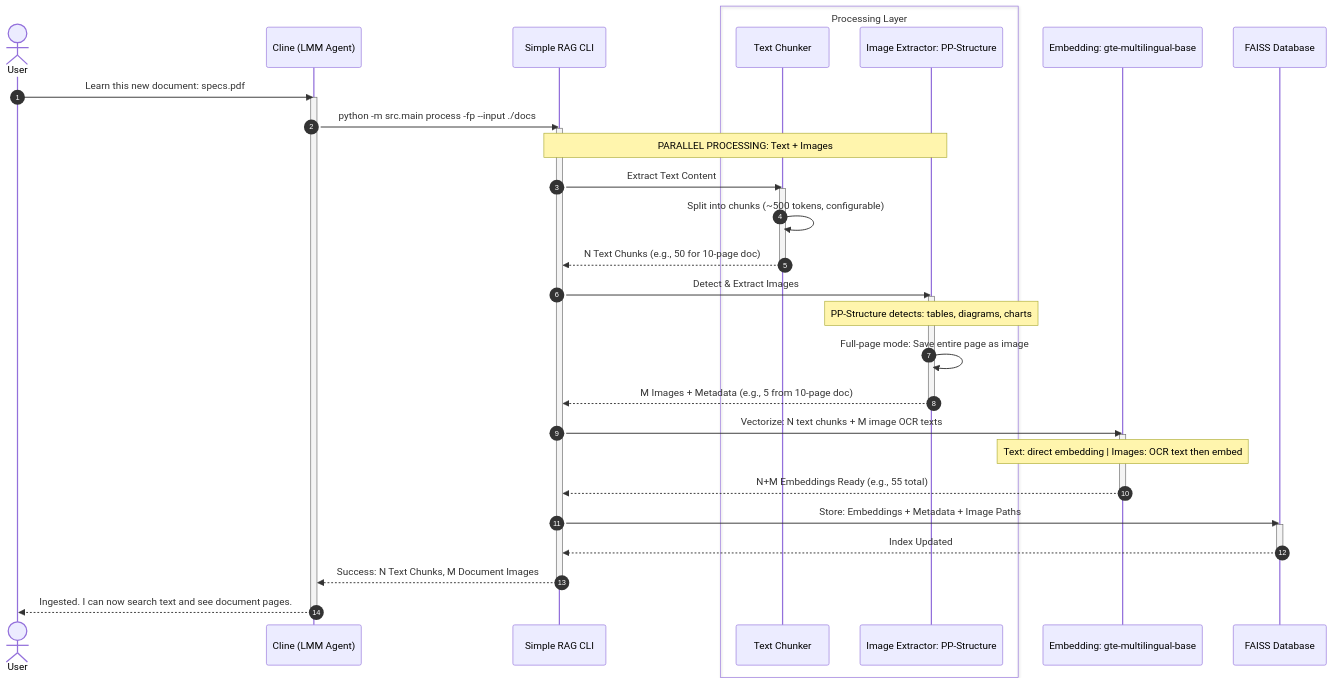
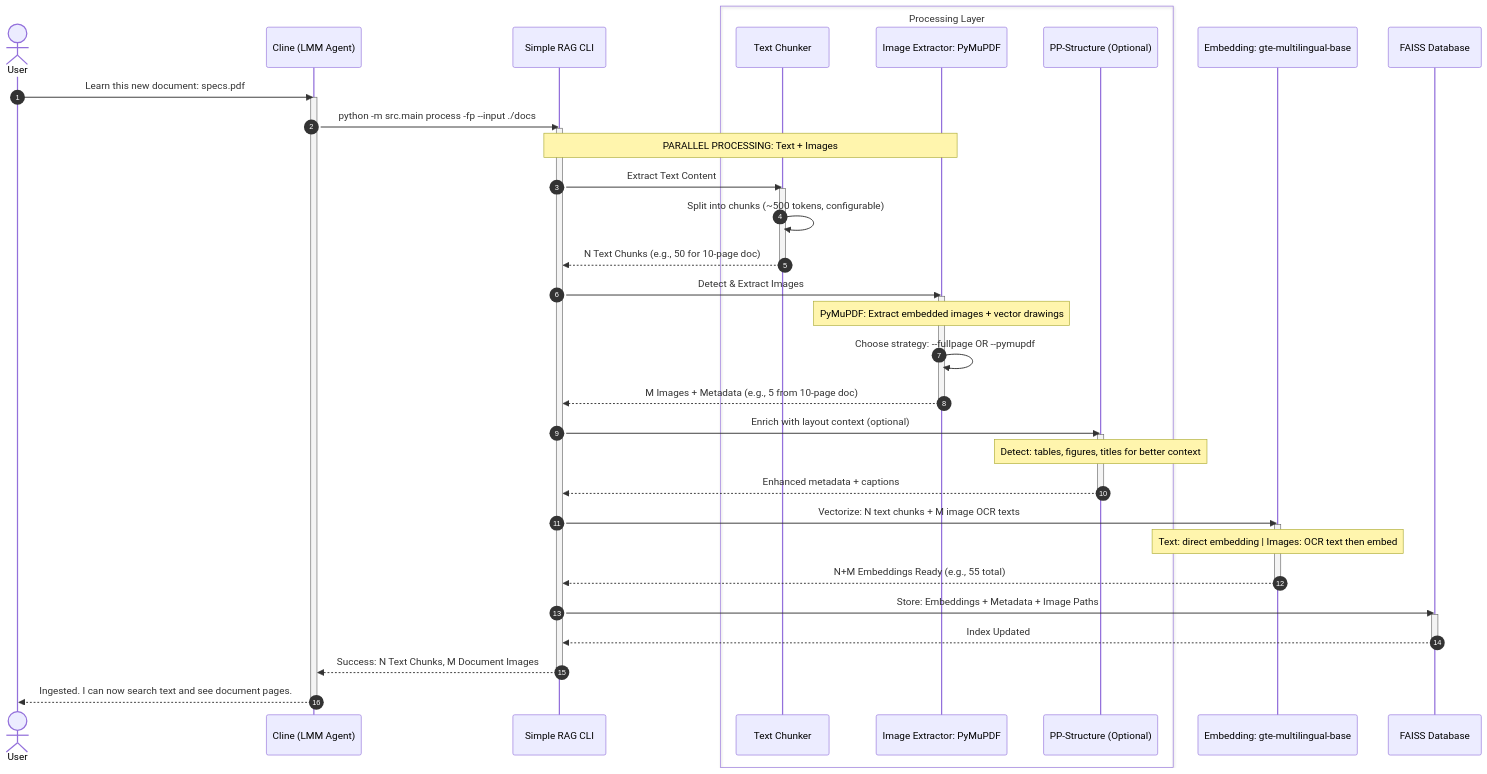
Before and after one commit to ngcix/doc-rag: the first of 4 diagrams in report-doc/10-debuit-clineSR.md, drawn with Mermaid. The commit also changed other lines of this file, not shown here.

````diff
--- a/report-doc/10-debuit-clineSR.md
+++ b/report-doc/10-debuit-clineSR.md
@@ -20,57 +20,65 @@
 ```mermaid
 sequenceDiagram
     autonumber
     
     actor User
     participant Cline as Cline (LMM Agent)
     participant CLI as Simple RAG CLI
     
     box Processing Layer
         participant Chunker as Text Chunker
-        participant ImgExt as Image Extractor: PP-Structure
+        participant ImgExt as Image Extractor: PyMuPDF
+        participant PPStruct as PP-Structure (Optional)
     end
     
     participant Embed as Embedding: gte-multilingual-base
     participant DB as FAISS Database
     
     User->>Cline: Learn this new document: specs.pdf
     activate Cline
     
     Cline->>CLI: python -m src.main process -fp --input ./docs
     activate CLI
     
     Note over CLI,ImgExt: PARALLEL PROCESSING: Text + Images
     
     %% Text Processing Path
     CLI->>Chunker: Extract Text Content
     activate Chunker
     Chunker->>Chunker: Split into chunks (~500 tokens, configurable)
     Chunker-->>CLI: N Text Chunks (e.g., 50 for 10-page doc)
     deactivate Chunker
     
     %% Image Processing Path
     CLI->>ImgExt: Detect & Extract Images
     activate ImgExt
-    Note over ImgExt: PP-Structure detects: tables, diagrams, charts
-    ImgExt->>ImgExt: Full-page mode: Save entire page as image
+    Note over ImgExt: PyMuPDF: Extract embedded images + vector drawings
+    ImgExt->>ImgExt: Choose strategy: --fullpage OR --pymupdf
     ImgExt-->>CLI: M Images + Metadata (e.g., 5 from 10-page doc)
     deactivate ImgExt
+    
+    %% Optional PP-Structure Enrichment
+    CLI->>PPStruct: Enrich with layout context (optional)
+    activate PPStruct
+    Note over PPStruct: Detect: tables, figures, titles for better context
+    PPStruct-->>CLI: Enhanced metadata + captions
+    deactivate PPStruct
     
     %% Embedding Both
     CLI->>Embed: Vectorize: N text chunks + M image OCR texts
     activate Embed
     Note over Embed: Text: direct embedding | Images: OCR text then embed
     Embed-->>CLI: N+M Embeddings Ready (e.g., 55 total)
     deactivate Embed
     
     CLI->>DB: Store: Embeddings + Metadata + Image Paths
     activate DB
     DB-->>CLI: Index Updated
     deactivate DB
     
     CLI-->>Cline: Success: N Text Chunks, M Document Images
     deactivate CLI
     
     Cline-->>User: Ingested. I can now search text and see document pages.
     deactivate Cline
 ```
````
